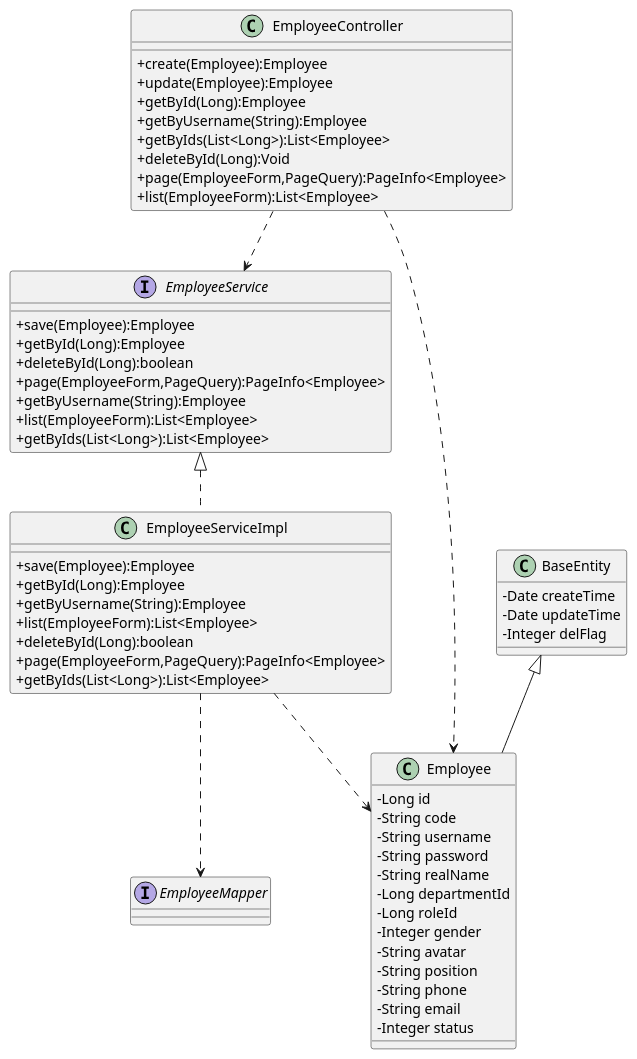
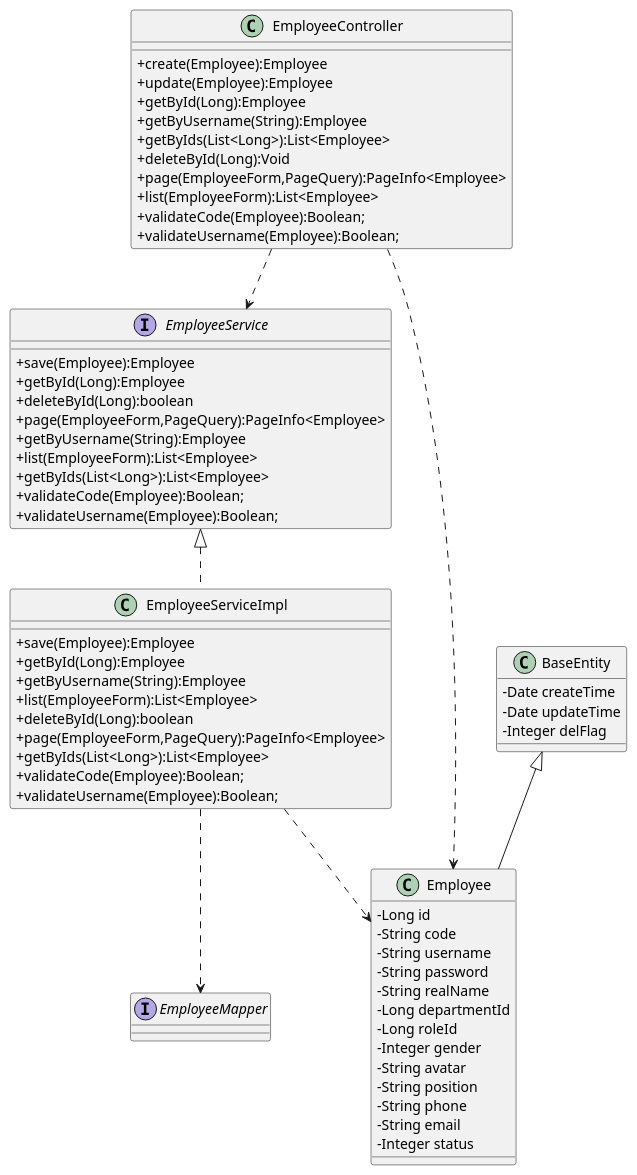
One commit to sicily621/matlink-server changed the diagram in employee.puml. Above: the diagram before and after it, drawn with PlantUML. The commit also changed 1 other file, not shown here.

```diff
--- a/employee.puml
+++ b/employee.puml
@@ -1,64 +1,70 @@
 @startuml
 skinparam classAttributeIconSize 0
 class EmployeeController {
 + create(Employee):Employee
 + update(Employee):Employee
 + getById(Long):Employee
 + getByUsername(String):Employee
 + getByIds(List<Long>):List<Employee>
 + deleteById(Long):Void
 + page(EmployeeForm,PageQuery):PageInfo<Employee>
 + list(EmployeeForm):List<Employee>
++ validateCode(Employee):Boolean;
++ validateUsername(Employee):Boolean;
 }
 
 interface EmployeeService {
 + save(Employee):Employee
 + getById(Long):Employee
 + deleteById(Long):boolean
 + page(EmployeeForm,PageQuery):PageInfo<Employee>
 + getByUsername(String):Employee
 + list(EmployeeForm):List<Employee>
 + getByIds(List<Long>):List<Employee>
++ validateCode(Employee):Boolean;
++ validateUsername(Employee):Boolean;
 }
 
 interface EmployeeMapper {
 }
 
 
 class BaseEntity {
 - Date createTime
 - Date updateTime
 - Integer delFlag
 }
 class Employee {
 - Long id
 - String code
 - String username
 - String password
 - String realName
 - Long departmentId
 - Long roleId
 - Integer gender
 - String avatar
 - String position
 - String phone
 - String email
 - Integer status
 }
 
 class EmployeeServiceImpl {
 + save(Employee):Employee
 + getById(Long):Employee
 + getByUsername(String):Employee
 + list(EmployeeForm):List<Employee>
 + deleteById(Long):boolean
 + page(EmployeeForm,PageQuery):PageInfo<Employee>
 + getByIds(List<Long>):List<Employee>
++ validateCode(Employee):Boolean;
++ validateUsername(Employee):Boolean;
 }
 EmployeeController ..> EmployeeService
 EmployeeController ..> Employee
 EmployeeService <|.. EmployeeServiceImpl
 BaseEntity <|-- Employee
 EmployeeServiceImpl ..> EmployeeMapper
 EmployeeServiceImpl ..> Employee
 @enduml
```
